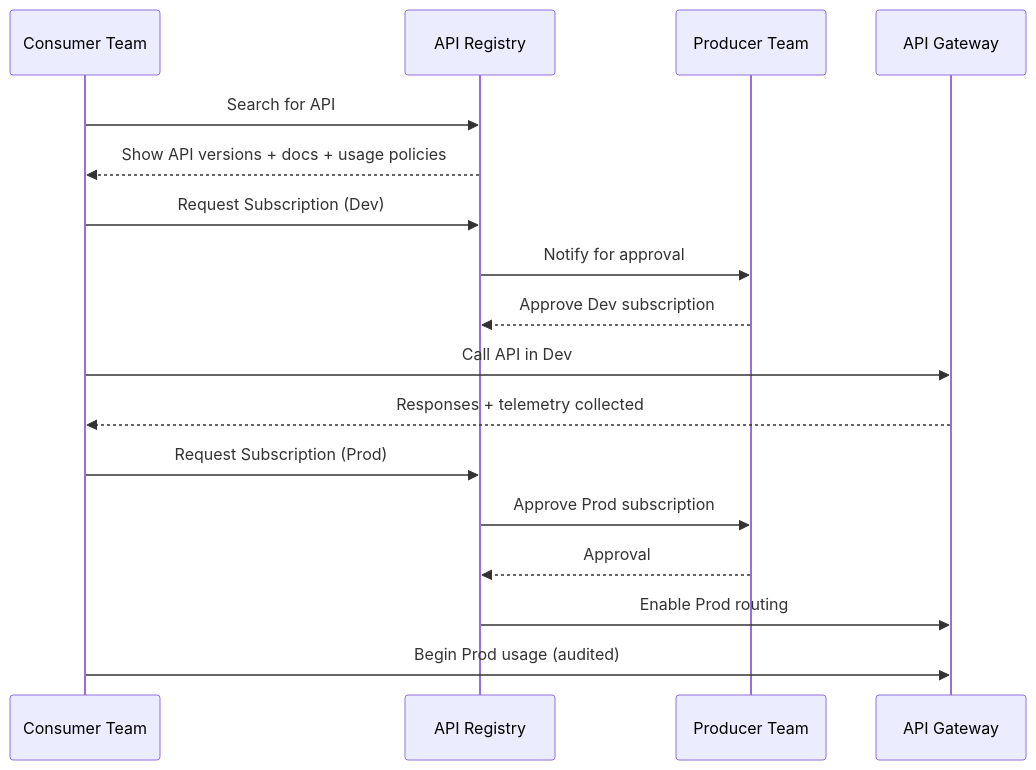
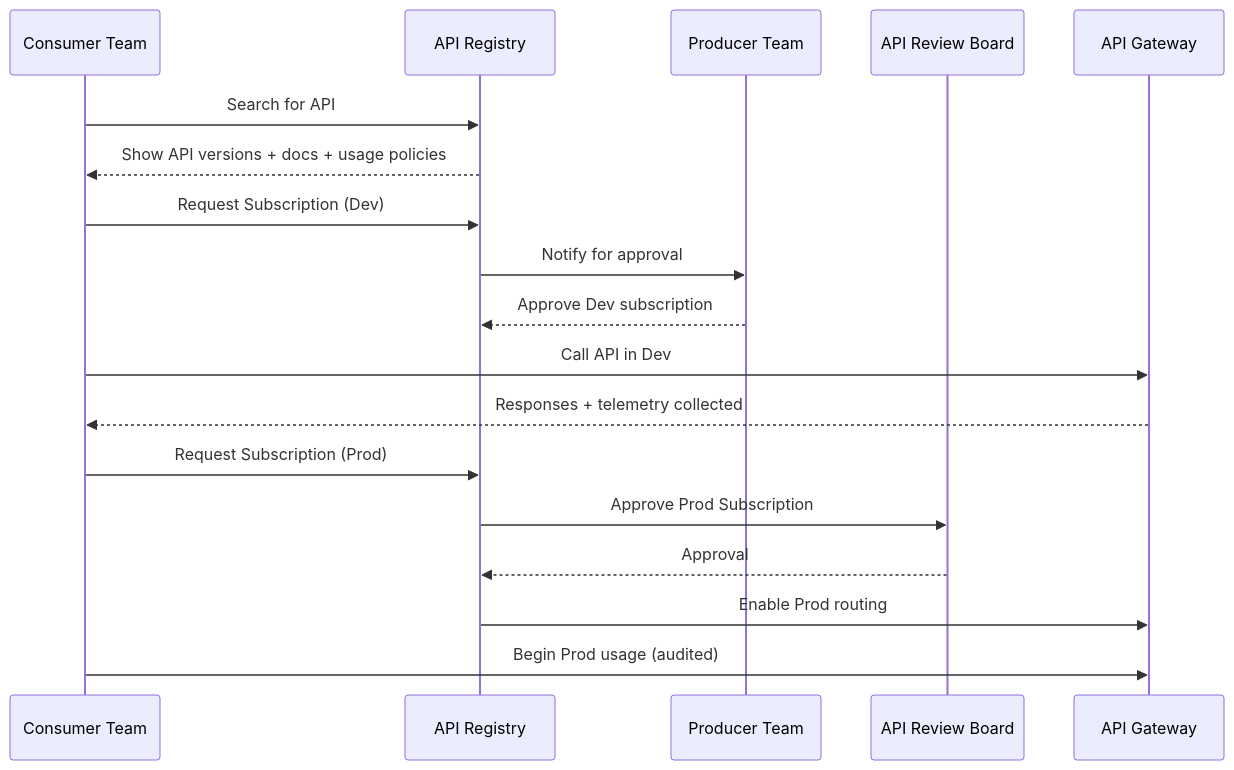
The fifth of 8 diagrams in technical-design.md (barbecuesteve/api-governance), drawn with Mermaid before and after one commit. The commit also changed other lines of this file, not shown here.

Commit message:
diagram fixups

````diff
--- a/technical-design.md
+++ b/technical-design.md
@@ -233,23 +233,24 @@
 ```mermaid
 sequenceDiagram
     participant CT as Consumer Team
     participant REG as API Registry
     participant PT as Producer Team
+    participant ARB as API Review Board
     participant GW as API Gateway
 
     CT->>REG: Search for API
     REG-->>CT: Show API versions + docs + usage policies
 
     CT->>REG: Request Subscription (Dev)
     REG->>PT: Notify for approval
     PT-->>REG: Approve Dev subscription
 
     CT->>GW: Call API in Dev
     GW-->>CT: Responses + telemetry collected
 
     CT->>REG: Request Subscription (Prod)
-    REG->>PT: Approve Prod subscription
-    PT-->>REG: Approval
+    REG->>ARB: Approve Prod Subscription
+    ARB-->>REG: Approval
     REG->>GW: Enable Prod routing
     CT->>GW: Begin Prod usage (audited)
 ```
````
